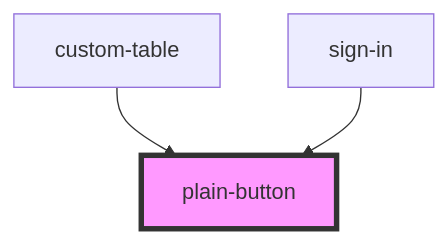
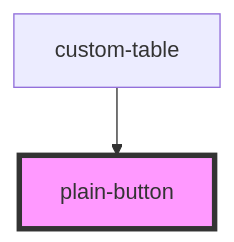
The diagram in src/components/plain-button/readme.md (techvariable/NeptuneConnectComponents), drawn with Mermaid before and after one commit. The commit also changed other lines of this file and 13 other files, not shown here.

````diff
--- a/src/components/plain-button/readme.md
+++ b/src/components/plain-button/readme.md
@@ -29,6 +28,5 @@
 ```mermaid
 graph TD;
   custom-table --> plain-button
-  sign-in --> plain-button
   style plain-button fill:#f9f,stroke:#333,stroke-width:4px
 ```
````
